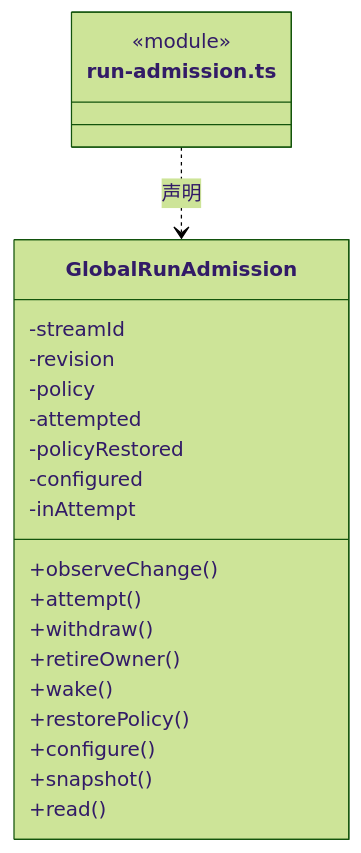
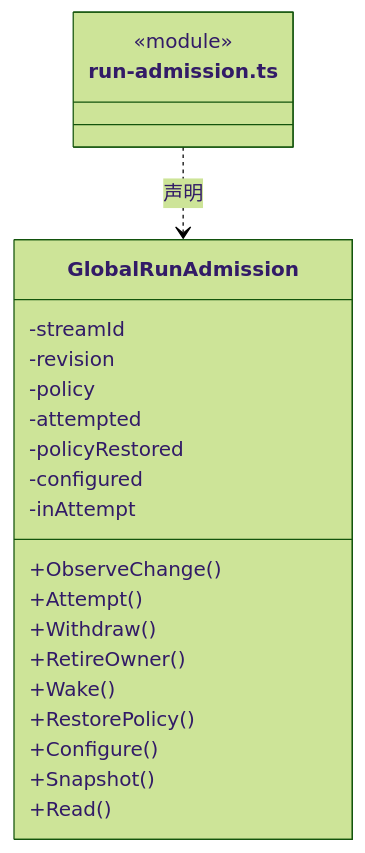
The third of 5 diagrams in src/logic/execution/admission/ARCHITECTURE.md (nan023062/cbim), drawn with Mermaid (forest theme) before and after one commit. The commit also changed other lines of this file and 1035 other files, not shown here.

````diff
--- a/src/logic/execution/admission/ARCHITECTURE.md
+++ b/src/logic/execution/admission/ARCHITECTURE.md
@@ -89,25 +89,25 @@
 ```mermaid
 classDiagram
 class N_src_logic_execution_admission_run_admission_ts["run-admission.ts"] {
   <<module>>
 }
 class N_src_logic_execution_admission_run_admission_ts_GlobalRunAdmission["GlobalRunAdmission"] {
-  +observeChange()
-  +attempt()
-  +withdraw()
-  +retireOwner()
-  +wake()
-  +restorePolicy()
-  +configure()
-  +snapshot()
-  +read()
+  +ObserveChange()
+  +Attempt()
+  +Withdraw()
+  +RetireOwner()
+  +Wake()
+  +RestorePolicy()
+  +Configure()
+  +Snapshot()
+  +Read()
   -streamId
   -revision
   -policy
   -attempted
   -policyRestored
   -configured
   -inAttempt
 }
 N_src_logic_execution_admission_run_admission_ts ..> N_src_logic_execution_admission_run_admission_ts_GlobalRunAdmission : 声明
 ```
````
